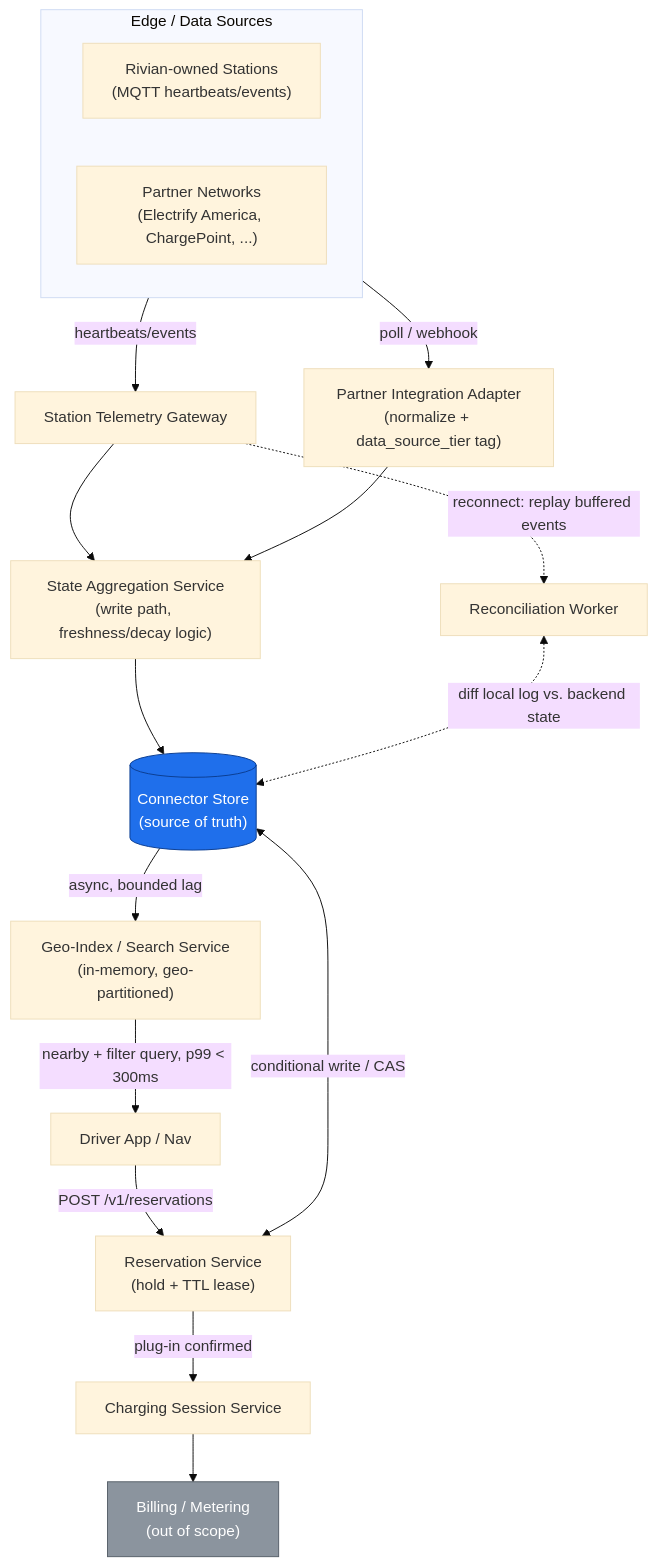
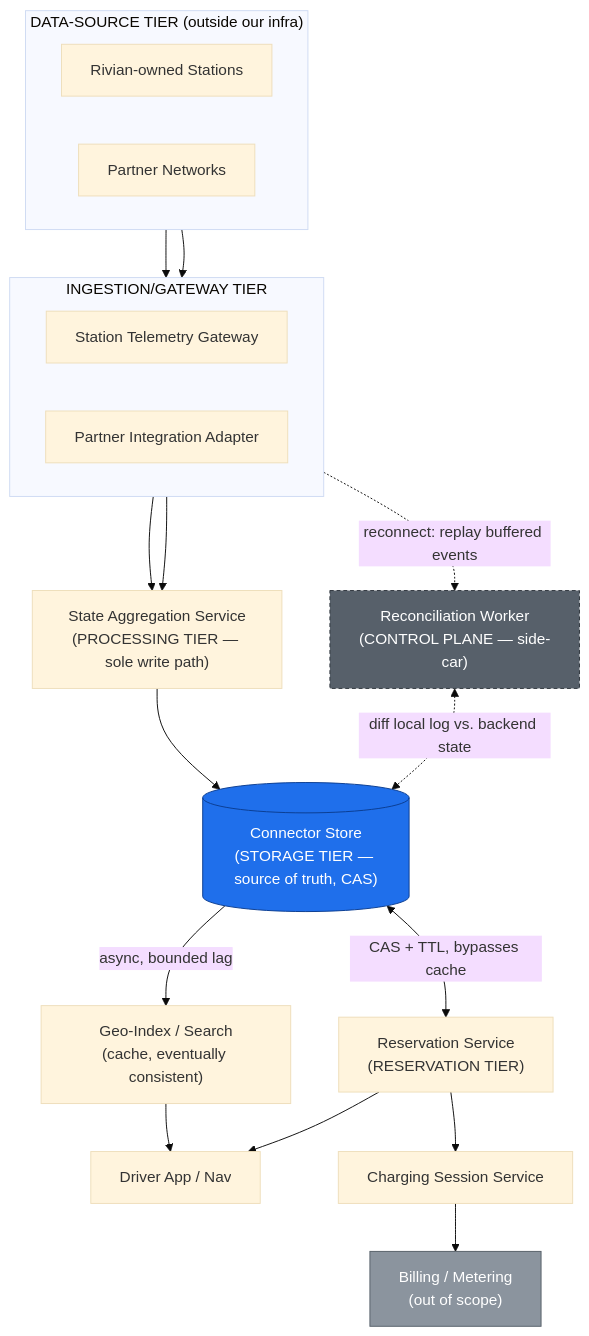
Before and after one commit to LittleWhiteCat-dominant/leetcode-interviews: the first of 2 diagrams in sd/charging-station-availability-reservation-network.md, drawn with Mermaid (base theme). The commit also changed other lines of this file and 9 other files, not shown here.

````diff
--- a/sd/charging-station-availability-reservation-network.md
+++ b/sd/charging-station-availability-reservation-network.md
@@ -191,33 +191,37 @@
 ```mermaid
 flowchart TB
-    subgraph EDGE["Edge / Data Sources"]
+    subgraph SOURCES["DATA-SOURCE TIER (outside our infra)"]
         direction LR
-        OWNED["Rivian-owned Stations\n(MQTT heartbeats/events)"]
-        PARTNER["Partner Networks\n(Electrify America, ChargePoint, ...)"]
+        OWNED["Rivian-owned Stations"]
+        PARTNER["Partner Networks"]
     end
 
-    OWNED -->|heartbeats/events| GATEWAY["Station Telemetry Gateway"]
-    PARTNER -->|poll / webhook| ADAPTER["Partner Integration Adapter\n(normalize + data_source_tier tag)"]
+    subgraph INGEST["INGESTION/GATEWAY TIER"]
+        direction LR
+        GATEWAY["Station Telemetry Gateway"]
+        ADAPTER["Partner Integration Adapter"]
+    end
 
+    OWNED --> GATEWAY
+    PARTNER --> ADAPTER
     GATEWAY --> AGG
-    ADAPTER --> AGG["State Aggregation Service\n(write path, freshness/decay logic)"]
+    ADAPTER --> AGG["State Aggregation Service\n(PROCESSING TIER — sole write path)"]
 
-    AGG --> STORE[("Connector Store\n(source of truth)")]
-    STORE -->|async, bounded lag| GEO["Geo-Index / Search Service\n(in-memory, geo-partitioned)"]
+    AGG --> STORE[("Connector Store\n(STORAGE TIER — source of truth, CAS)")]
+    STORE -->|async, bounded lag| GEO["Geo-Index / Search\n(cache, eventually consistent)"]
+    STORE <-->|CAS + TTL, bypasses cache| RES["Reservation Service\n(RESERVATION TIER)"]
 
-    GEO -->|nearby + filter query, p99 < 300ms| APP["Driver App / Nav"]
-    APP -->|POST /v1/reservations| RES
+    GEO --> APP["Driver App / Nav"]
+    RES --> APP
+    RES --> SESSION["Charging Session Service"] --> BILLING["Billing / Metering\n(out of scope)"]
 
-    STORE <-->|conditional write / CAS| RES["Reservation Service\n(hold + TTL lease)"]
-
-    RES -->|plug-in confirmed| SESSION["Charging Session Service"]
-    SESSION --> BILLING["Billing / Metering\n(out of scope)"]
-
-    GATEWAY -.->|reconnect: replay buffered events| RECON["Reconciliation Worker"]
+    GATEWAY -.->|reconnect: replay buffered events| RECON["Reconciliation Worker\n(CONTROL PLANE — side-car)"]
     RECON <-.->|diff local log vs. backend state| STORE
 
     classDef store fill:#1f6feb,stroke:#0b3d91,color:#fff;
     classDef outscope fill:#8b949e,stroke:#57606a,color:#fff;
+    classDef sidecar fill:#57606a,stroke:#30363d,color:#fff,stroke-dasharray: 4 3;
     class STORE store;
     class BILLING outscope;
+    class RECON sidecar;
 ```
````
